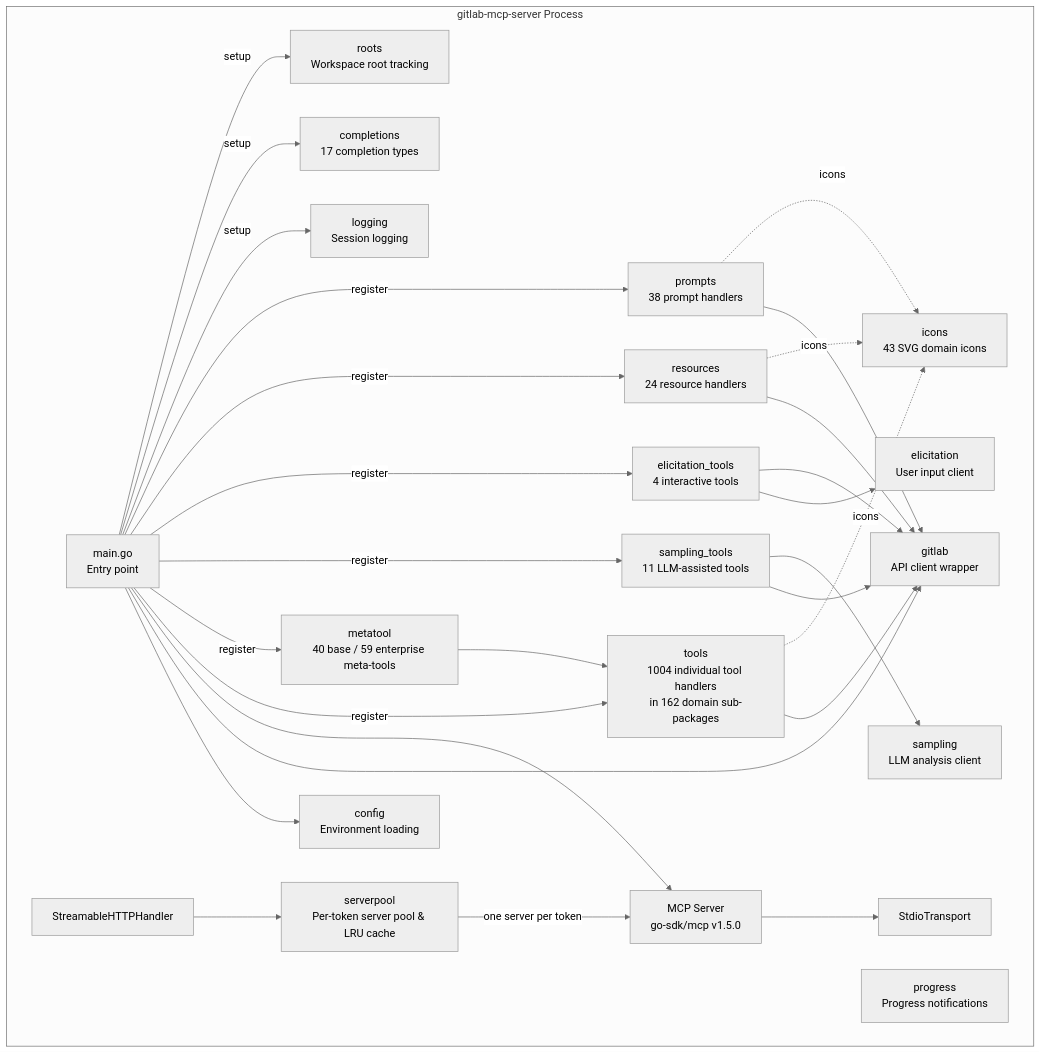
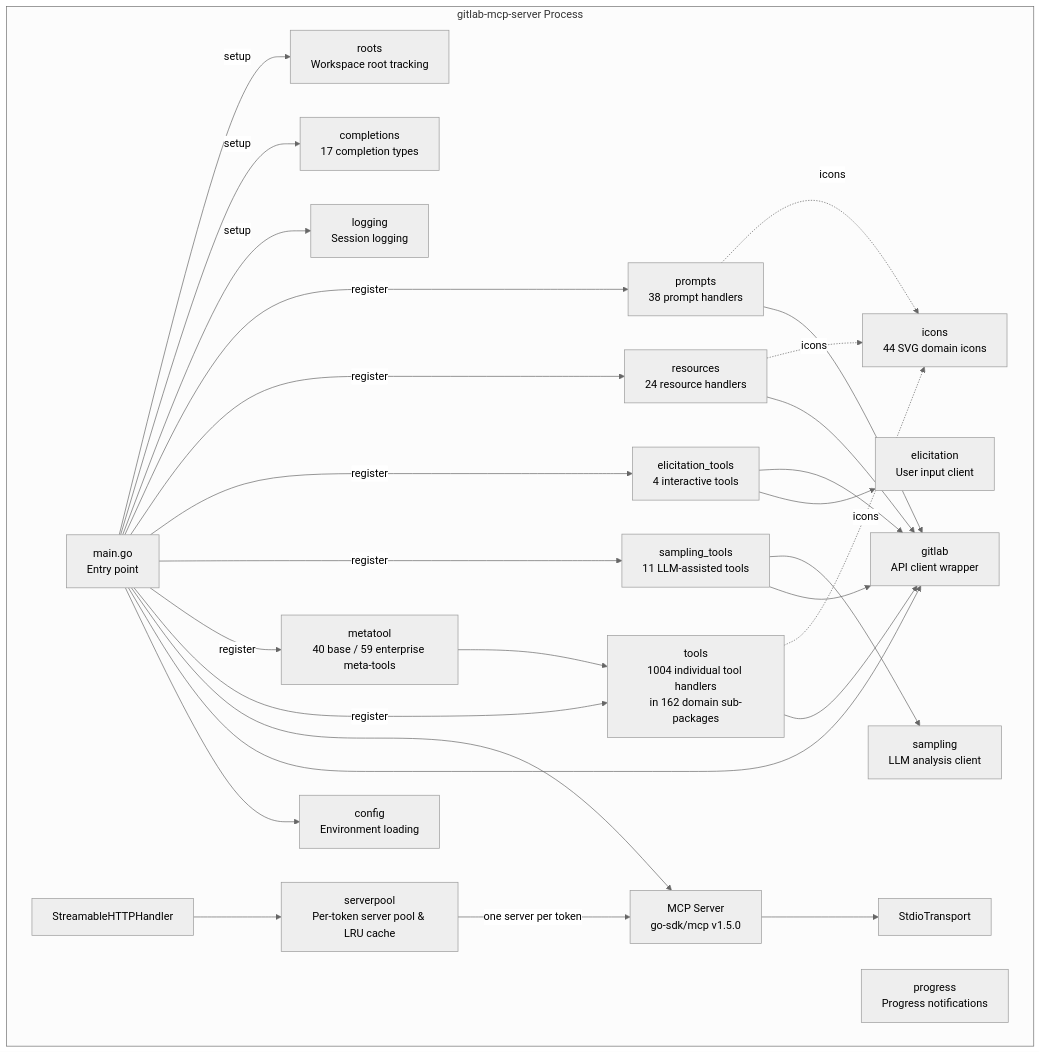
One commit to jmrplens/gitlab-mcp-server changed the third of 9 diagrams in docs/architecture.md. Above: the diagram before and after it, drawn with Mermaid (neutral theme). The commit also changed other lines of this file and 12 other files, not shown here.

````diff
--- a/docs/architecture.md
+++ b/docs/architecture.md
@@ -62,52 +62,52 @@
 ```mermaid
 graph TD
     subgraph "gitlab-mcp-server Process"
         MAIN[main.go<br/>Entry point]
         CFG[config<br/>Environment loading]
         GL[gitlab<br/>API client wrapper]
         TOOLS[tools<br/>1004 individual tool handlers<br/>in 162 domain sub-packages]
         META[metatool<br/>40 base / 59 enterprise meta-tools]
         SAMP[sampling_tools<br/>11 LLM-assisted tools]
         ELIC[elicitation_tools<br/>4 interactive tools]
         RES[resources<br/>24 resource handlers]
         PROMPTS[prompts<br/>38 prompt handlers]
         LOG[logging<br/>Session logging]
         COMP[completions<br/>17 completion types]
         ROOTS[roots<br/>Workspace root tracking]
         PROG[progress<br/>Progress notifications]
         SAMPLING[sampling<br/>LLM analysis client]
         ELICIT[elicitation<br/>User input client]
-        ICN[icons<br/>43 SVG domain icons]
+        ICN[icons<br/>44 SVG domain icons]
         SRV[MCP Server<br/>go-sdk/mcp v1.5.0]
         STDIO[StdioTransport]
         HTTP[StreamableHTTPHandler]
         POOL[serverpool<br/>Per-token server pool & LRU cache]
     end
 
     MAIN --> CFG
     MAIN --> GL
     MAIN --> SRV
     SRV --> STDIO
     HTTP --> POOL
     POOL -->|one server per token| SRV
     TOOLS --> GL
     META --> TOOLS
     SAMP --> GL
     SAMP --> SAMPLING
     ELIC --> ELICIT
     ELIC --> GL
     RES --> GL
     PROMPTS --> GL
     MAIN -->|register| TOOLS
     MAIN -->|register| META
     MAIN -->|register| SAMP
     MAIN -->|register| ELIC
     MAIN -->|register| RES
     MAIN -->|register| PROMPTS
     TOOLS -.->|icons| ICN
     RES -.->|icons| ICN
     PROMPTS -.->|icons| ICN
     MAIN -->|setup| LOG
     MAIN -->|setup| COMP
     MAIN -->|setup| ROOTS
 ```
````
